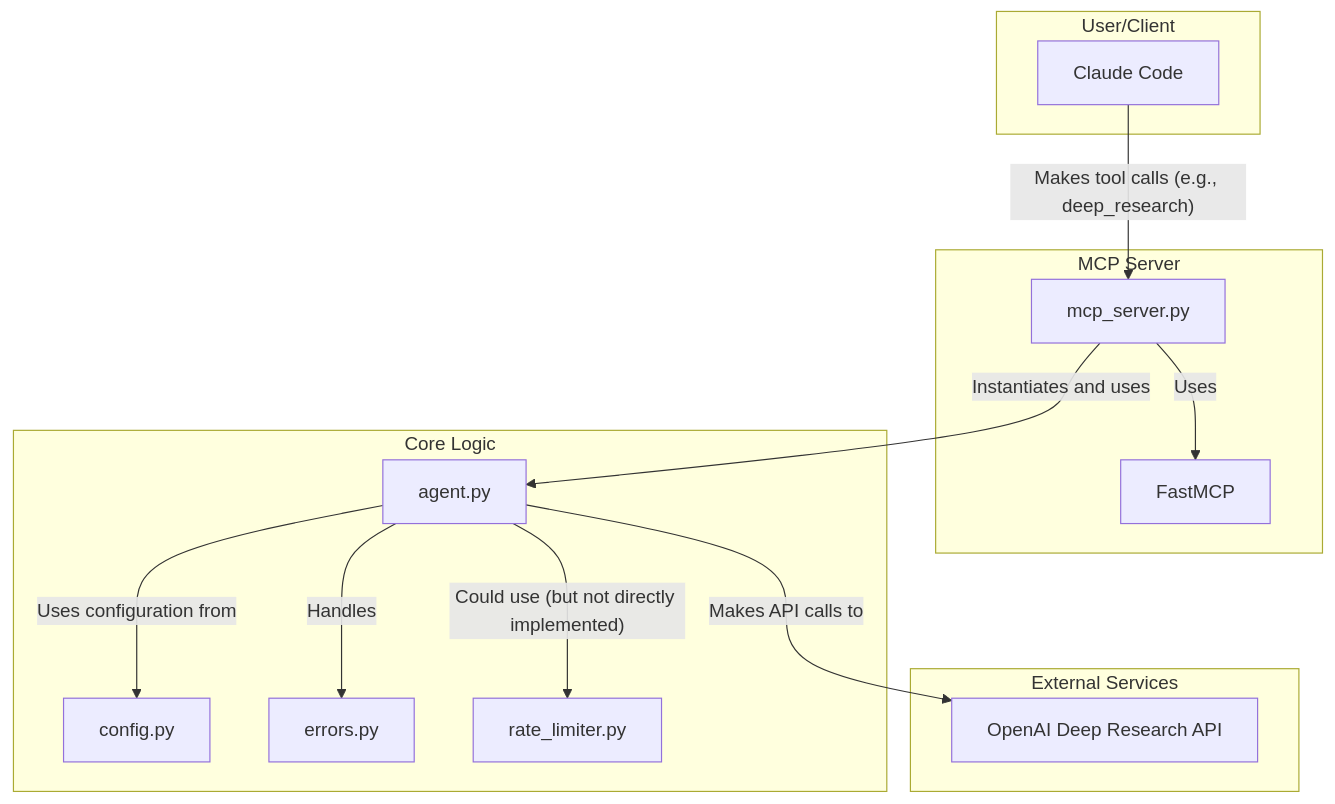
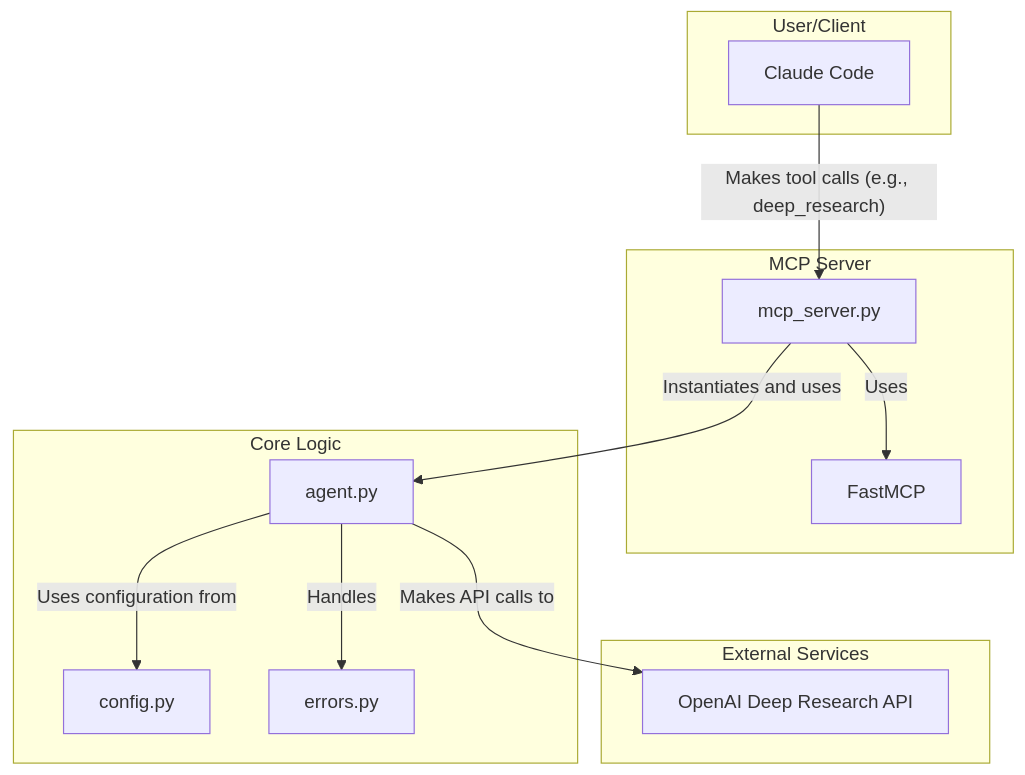
One commit to pminervini/deep-research-mcp changed the diagram in ARCH.md. Above: the diagram before and after it, drawn with Mermaid. The commit also changed other lines of this file and 4 other files, not shown here.

````diff
--- a/ARCH.md
+++ b/ARCH.md
@@ -7,30 +7,28 @@
 ```mermaid
 graph TD
     subgraph User/Client
         A[Claude Code]
     end
 
     subgraph MCP Server
         B[mcp_server.py]
         C[FastMCP]
     end
 
     subgraph Core Logic
         D[agent.py]
         E[config.py]
         F[errors.py]
-        G[rate_limiter.py]
     end
 
     subgraph External Services
         H[OpenAI Deep Research API]
     end
 
     A -- "Makes tool calls (e.g., deep_research)" --> B
     B -- "Uses" --> C
     B -- "Instantiates and uses" --> D
     D -- "Uses configuration from" --> E
     D -- "Handles" --> F
-    D -- "Could use (but not directly implemented)" --> G
     D -- "Makes API calls to" --> H
 ```
````
